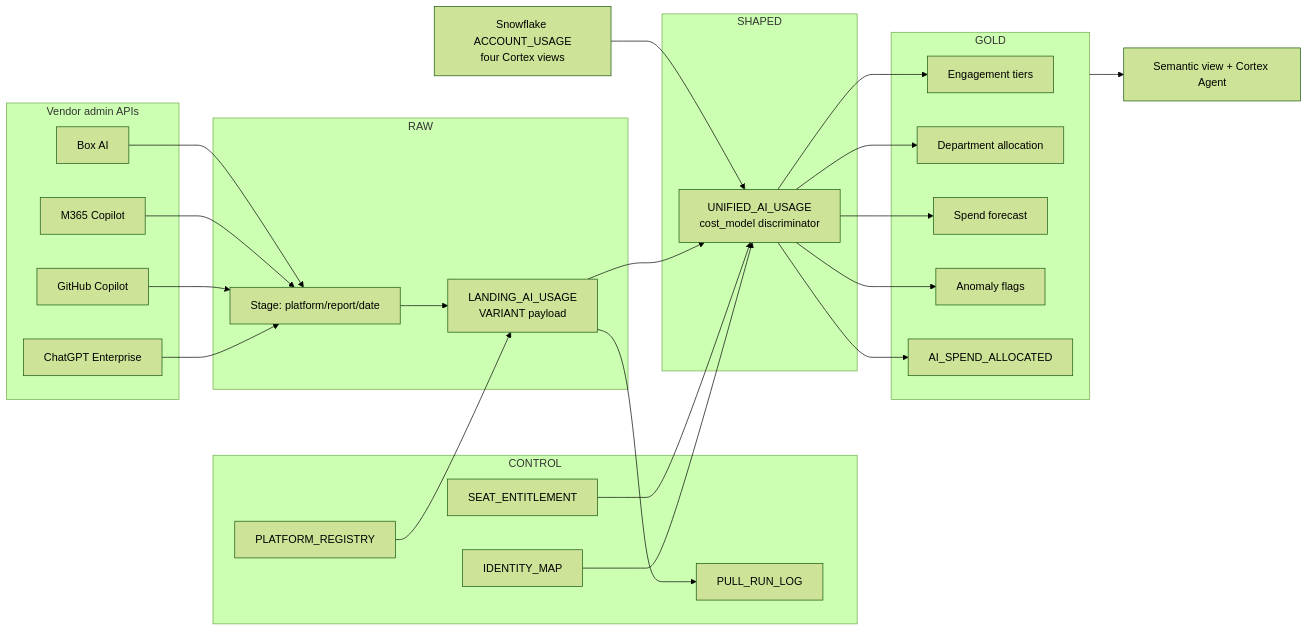
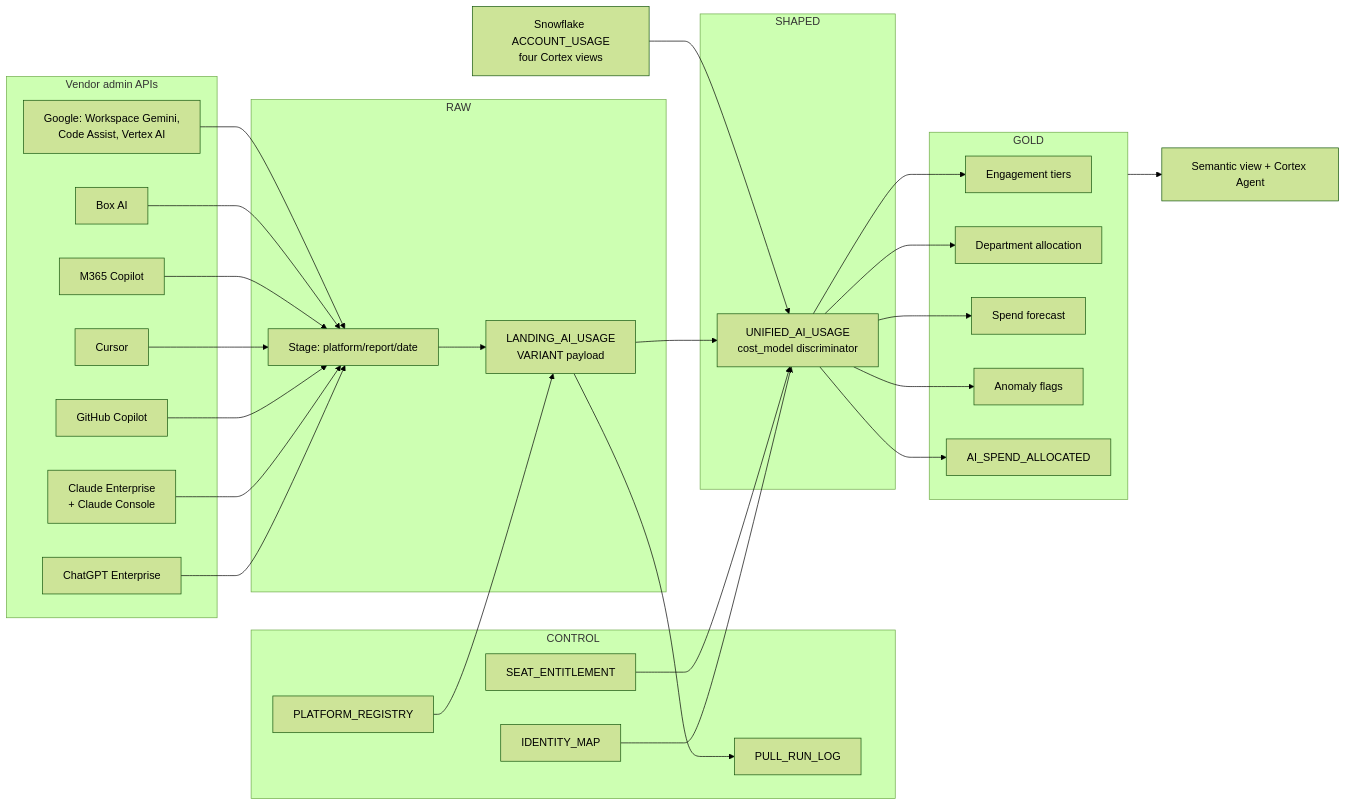
One commit to sfc-gh-miwhitaker/sfe-public changed the diagram in guide-ai-spend-consolidation/README.md. Above: the diagram before and after it, drawn with Mermaid (forest theme). The commit also changed other lines of this file and 120 other files, not shown here.

````diff
--- a/guide-ai-spend-consolidation/README.md
+++ b/guide-ai-spend-consolidation/README.md
@@ -169,53 +200,59 @@
 ```mermaid
 flowchart LR
   subgraph vendors [Vendor admin APIs]
     OA["ChatGPT Enterprise"]
+    AN["Claude Enterprise<br/>+ Claude Console"]
     GH["GitHub Copilot"]
+    CU["Cursor"]
     MS["M365 Copilot"]
     BX["Box AI"]
+    GO["Google: Workspace Gemini,<br/>Code Assist, Vertex AI"]
   end
 
   subgraph ctl [CONTROL]
     reg["PLATFORM_REGISTRY"]
     log["PULL_RUN_LOG"]
     idmap["IDENTITY_MAP"]
     seats["SEAT_ENTITLEMENT"]
   end
 
   subgraph rawlayer [RAW]
     stage["Stage: platform/report/date"]
     landing["LANDING_AI_USAGE<br/>VARIANT payload"]
   end
 
   subgraph shapedlayer [SHAPED]
     fact["UNIFIED_AI_USAGE<br/>cost_model discriminator"]
   end
 
   subgraph goldlayer [GOLD]
     eng["Engagement tiers"]
     dept["Department allocation"]
     fcst["Spend forecast"]
     anom["Anomaly flags"]
     alloc["AI_SPEND_ALLOCATED"]
   end
 
   SF["Snowflake ACCOUNT_USAGE<br/>four Cortex views"]
 
   OA --> stage
+  AN --> stage
   GH --> stage
+  CU --> stage
   MS --> stage
   BX --> stage
+  GO --> stage
   stage --> landing
   reg --> landing
   landing --> log
   landing --> fact
   SF --> fact
   idmap --> fact
   seats --> fact
   fact --> eng
   fact --> dept
   fact --> fcst
   fact --> anom
   fact --> alloc
   goldlayer --> agent["Semantic view + Cortex Agent"]
 ```
````
